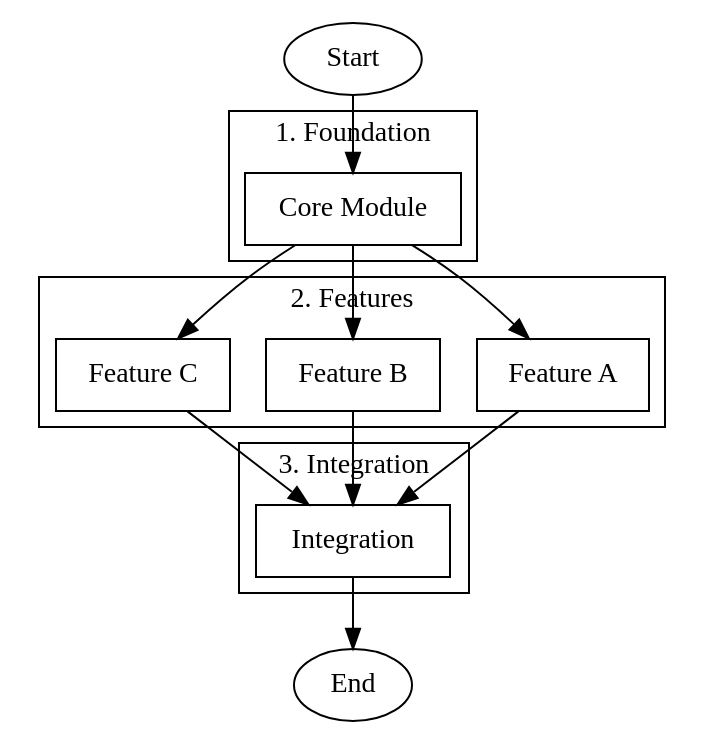
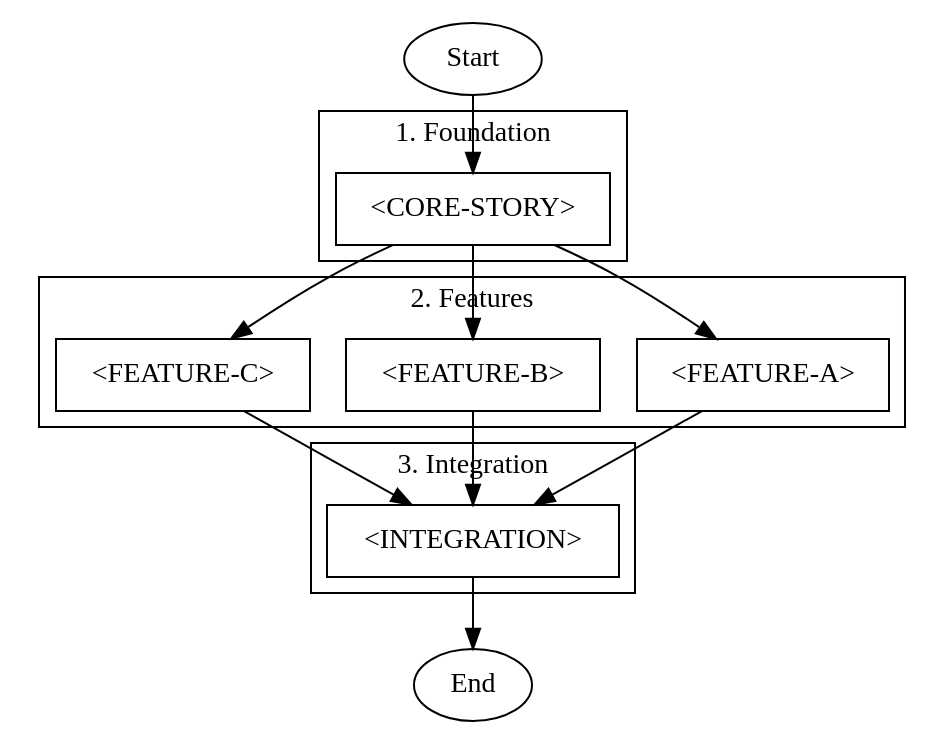
Before and after one commit to fabceolin/the_edge_agent: the sixth of 15 diagrams in docs/llm-prompts/DOT_WORKFLOW_ORCHESTRATION_LLM_GUIDE.md, drawn with Graphviz. The commit also changed other lines of this file and 8 other files, not shown here.

````diff
--- a/docs/llm-prompts/DOT_WORKFLOW_ORCHESTRATION_LLM_GUIDE.md
+++ b/docs/llm-prompts/DOT_WORKFLOW_ORCHESTRATION_LLM_GUIDE.md
@@ -190,38 +240,38 @@
 ```dot
 digraph mixed_deps {
     rankdir=TB;
     node [shape=box];
 
     Start [label="Start", shape=ellipse];
     End [label="End", shape=ellipse];
 
     subgraph cluster_foundation {
         label="1. Foundation";
-        core [label="Core Module", command="tea-python run examples/workflows/bmad-story-development.yaml --input '{\"arg\": \"docs/stories/CORE-001.md\"}'"];
+        core [label="<CORE-STORY>", command="tea-python run <WORKFLOW_PATH> --input-timeout 54000 --input '{\"arg\": \"<STORIES_PATH>/<CORE-STORY-FILE>.md\"}'"];
     }
 
     subgraph cluster_features {
         label="2. Features";
-        feature_a [label="Feature A", command="tea-python run examples/workflows/bmad-story-development.yaml --input '{\"arg\": \"docs/stories/FEAT-A.md\"}'"];
-        feature_b [label="Feature B", command="tea-python run examples/workflows/bmad-story-development.yaml --input '{\"arg\": \"docs/stories/FEAT-B.md\"}'"];
-        feature_c [label="Feature C", command="tea-python run examples/workflows/bmad-story-development.yaml --input '{\"arg\": \"docs/stories/FEAT-C.md\"}'"];
+        feature_a [label="<FEATURE-A>", command="tea-python run <WORKFLOW_PATH> --input-timeout 54000 --input '{\"arg\": \"<STORIES_PATH>/<FEATURE-A-FILE>.md\"}'"];
+        feature_b [label="<FEATURE-B>", command="tea-python run <WORKFLOW_PATH> --input-timeout 54000 --input '{\"arg\": \"<STORIES_PATH>/<FEATURE-B-FILE>.md\"}'"];
+        feature_c [label="<FEATURE-C>", command="tea-python run <WORKFLOW_PATH> --input-timeout 54000 --input '{\"arg\": \"<STORIES_PATH>/<FEATURE-C-FILE>.md\"}'"];
     }
 
     subgraph cluster_integration {
         label="3. Integration";
-        integration [label="Integration", command="tea-python run examples/workflows/bmad-story-development.yaml --input '{\"arg\": \"docs/stories/INT-001.md\"}'"];
+        integration [label="<INTEGRATION>", command="tea-python run <WORKFLOW_PATH> --input-timeout 54000 --input '{\"arg\": \"<STORIES_PATH>/<INTEGRATION-FILE>.md\"}'"];
     }
 
     // Core is prerequisite for all features
     Start -> core;
     core -> feature_a;
     core -> feature_b;
     core -> feature_c;
 
     // All features must complete before integration
     feature_a -> integration;
     feature_b -> integration;
     feature_c -> integration;
     integration -> End;
 }
 ```
````
